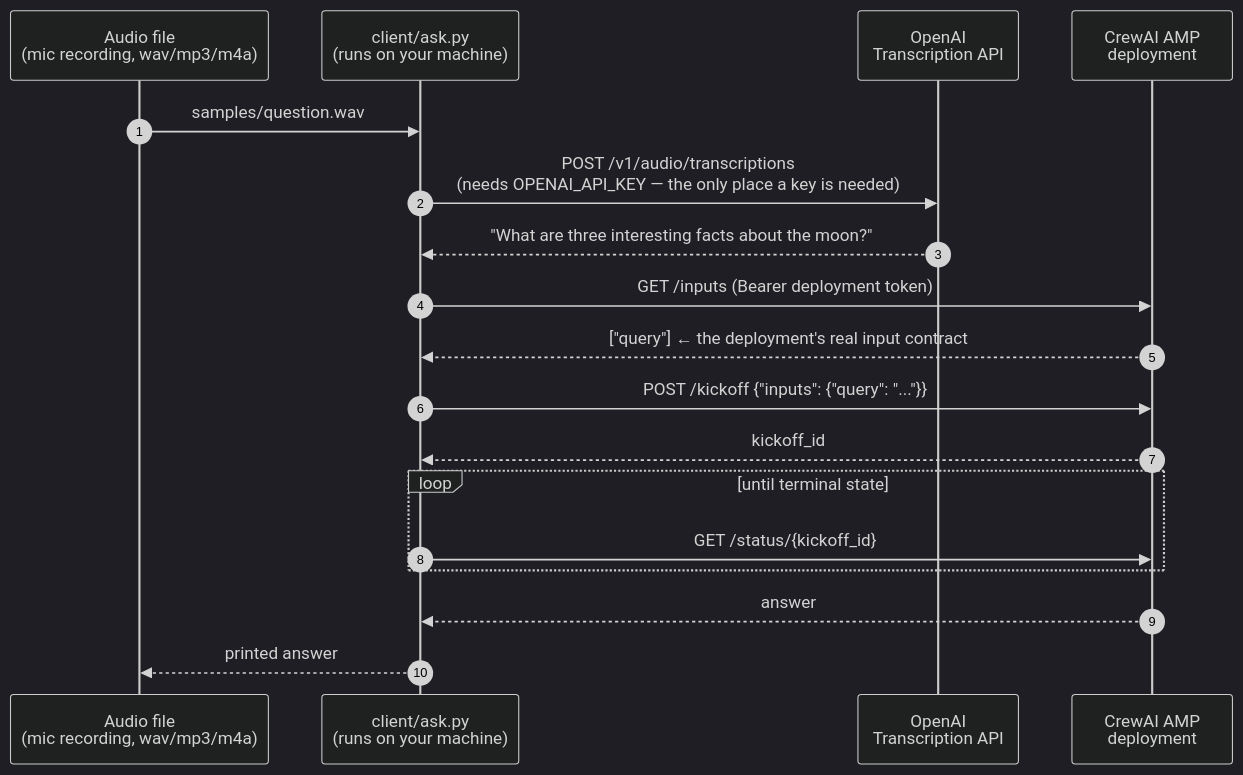
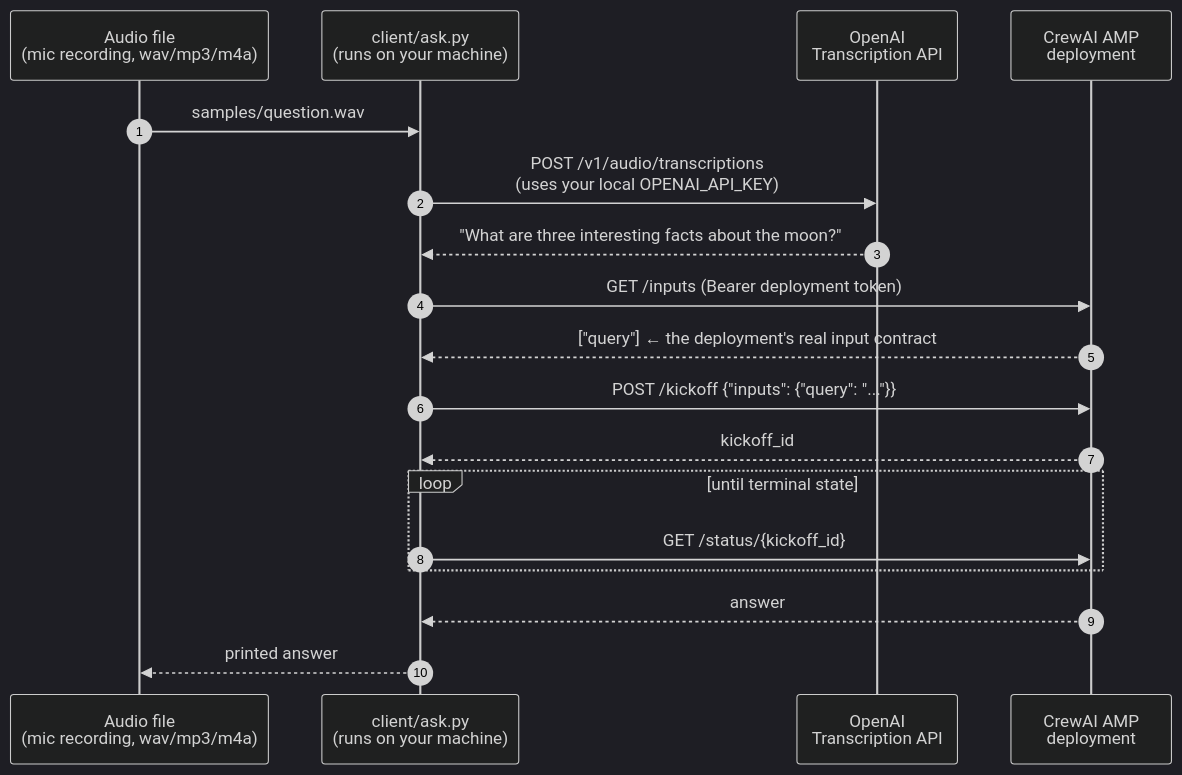
One commit to CrewAIInc-FDE/crewai-audio-quickstart changed the diagram in README.md. Above: the diagram before and after it, drawn with Mermaid (dark theme). The commit also changed other lines of this file and 1 other file, not shown here.

Commit message:
Docs: accurate key placement (deployment env var + client STT)

````diff
--- a/README.md
+++ b/README.md
@@ -12,21 +12,21 @@
 ```mermaid
 sequenceDiagram
     autonumber
     participant U as Audio file<br/>(mic recording, wav/mp3/m4a)
     participant C as client/ask.py<br/>(runs on your machine)
     participant O as OpenAI<br/>Transcription API
     participant A as CrewAI AMP<br/>deployment
 
     U->>C: samples/question.wav
-    C->>O: POST /v1/audio/transcriptions<br/>(needs OPENAI_API_KEY — the only place a key is needed)
+    C->>O: POST /v1/audio/transcriptions<br/>(uses your local OPENAI_API_KEY)
     O-->>C: "What are three interesting facts about the moon?"
     C->>A: GET /inputs (Bearer deployment token)
     A-->>C: ["query"]  ← the deployment's real input contract
     C->>A: POST /kickoff {"inputs": {"query": "..."}}
     A-->>C: kickoff_id
     loop until terminal state
         C->>A: GET /status/{kickoff_id}
     end
     A-->>C: answer
     C-->>U: printed answer
 ```
````
